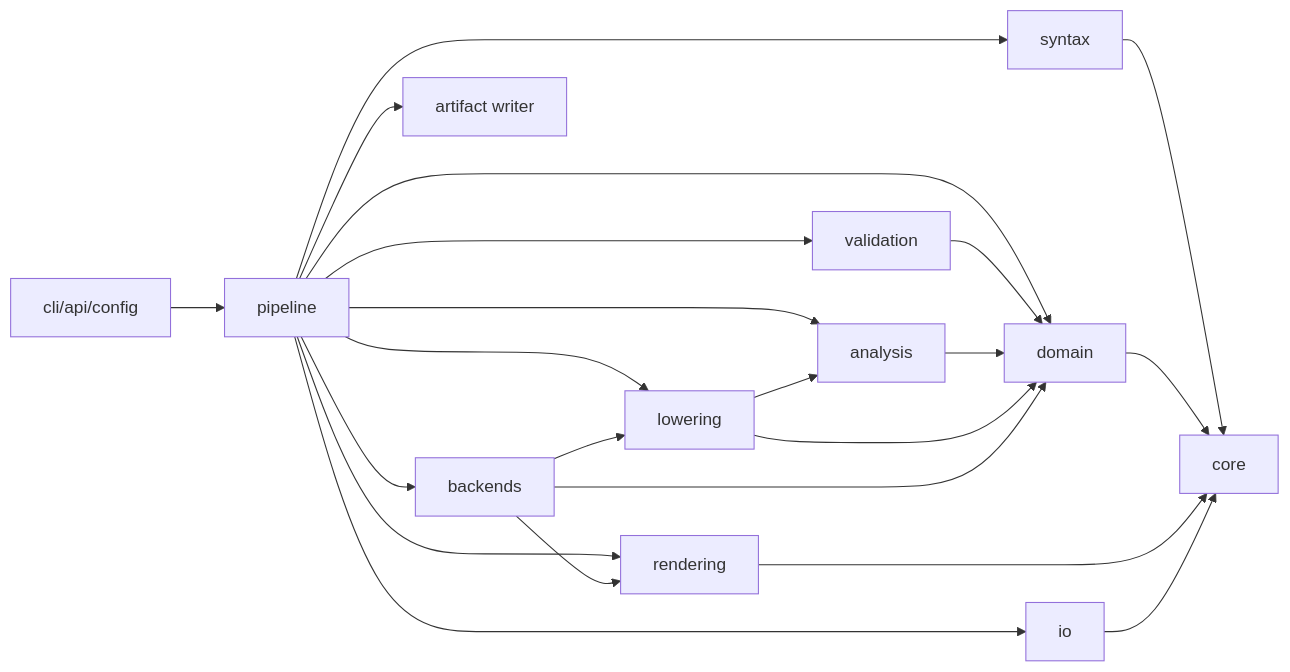
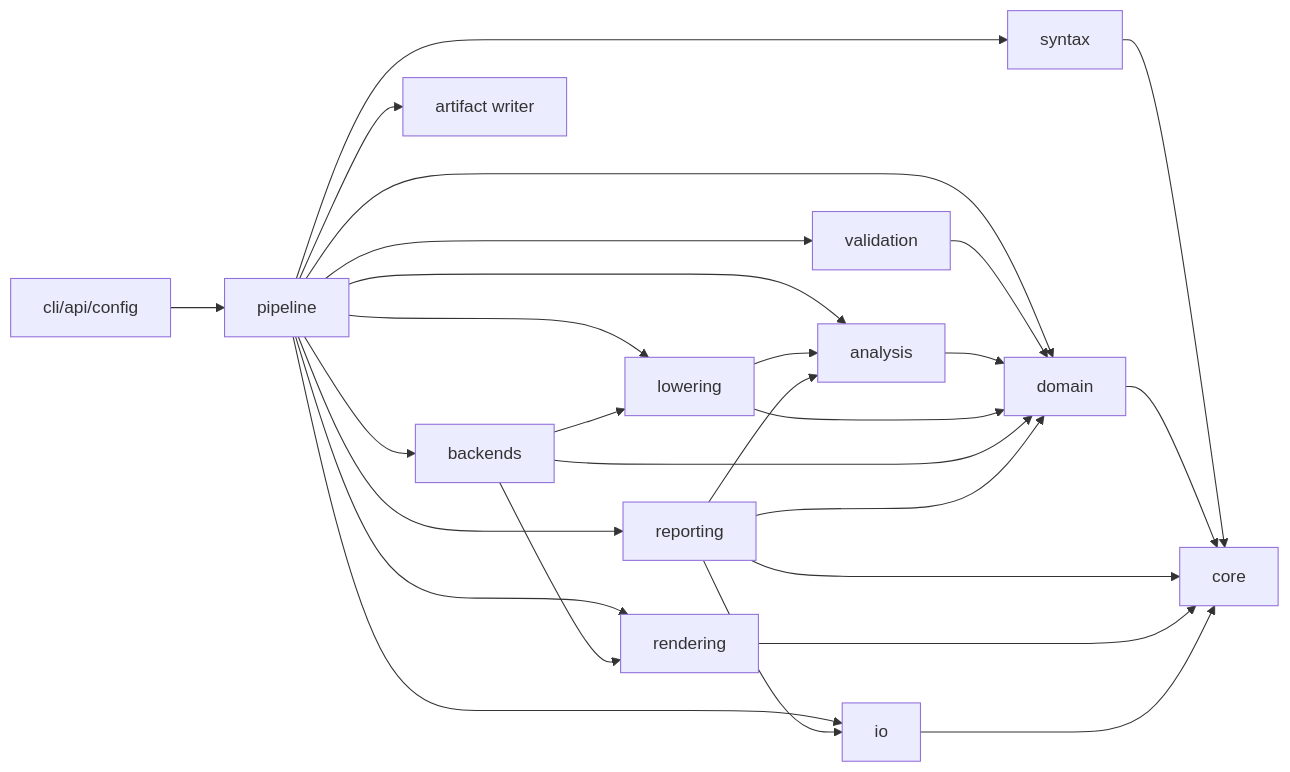
The diagram in docs/redesign/target-architecture.md (JPietrzykTUD/tslgen-v2), drawn with Mermaid before and after one commit. The commit also changed other lines of this file and 6 other files, not shown here.

````diff
--- a/docs/redesign/target-architecture.md
+++ b/docs/redesign/target-architecture.md
@@ -89,25 +91,30 @@
 ```mermaid
 flowchart LR
     CLI[cli/api/config] --> Pipeline[pipeline]
     Pipeline --> IO[io]
     Pipeline --> Syntax[syntax]
     Pipeline --> Domain[domain]
     Pipeline --> Validation[validation]
     Pipeline --> Analysis[analysis]
     Pipeline --> Lowering[lowering]
     Pipeline --> Backends[backends]
     Pipeline --> Rendering[rendering]
+    Pipeline --> Reporting[reporting]
     Pipeline --> Artifacts[artifact writer]
 
     Syntax --> Core[core]
     Domain --> Core
     Validation --> Domain
     Analysis --> Domain
     Lowering --> Domain
     Lowering --> Analysis
     Backends --> Domain
     Backends --> Lowering
     Backends --> Rendering
+    Reporting --> Analysis
+    Reporting --> Domain
+    Reporting --> IO
+    Reporting --> Core
     Rendering --> Core
     IO --> Core
 ```
````
